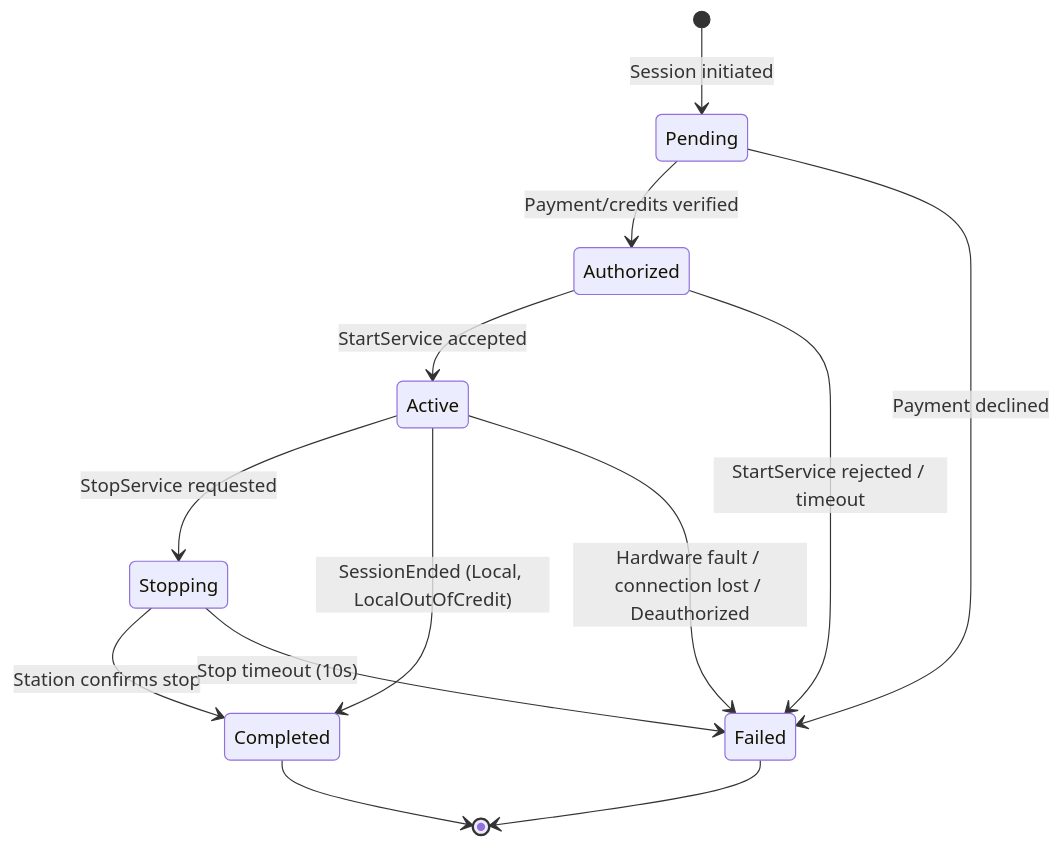
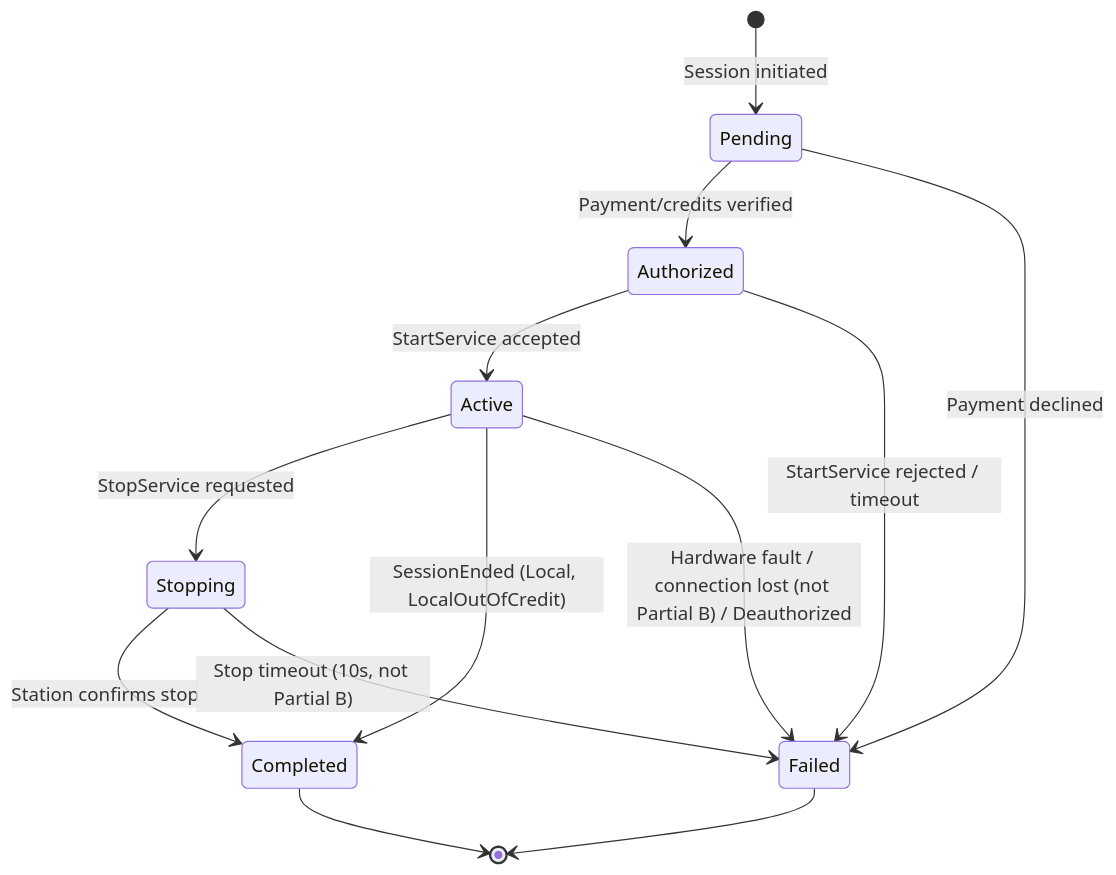
Before and after one commit to ospp-org/spec: the third of 7 diagrams in diagrams/README.md, drawn with Mermaid. The commit also changed 25 other files, not shown here.

````diff
--- a/diagrams/README.md
+++ b/diagrams/README.md
@@ -105,20 +105,20 @@
 ```mermaid
 stateDiagram-v2
     [*] --> Pending : Session initiated
 
     Pending --> Authorized : Payment/credits verified
     Pending --> Failed : Payment declined
 
     Authorized --> Active : StartService accepted
     Authorized --> Failed : StartService rejected / timeout
 
     Active --> Stopping : StopService requested
     Active --> Completed : SessionEnded (Local, LocalOutOfCredit)
-    Active --> Failed : Hardware fault / connection lost / Deauthorized
+    Active --> Failed : Hardware fault / connection lost (not Partial B) / Deauthorized
 
     Stopping --> Completed : Station confirms stop
-    Stopping --> Failed : Stop timeout (10s)
+    Stopping --> Failed : Stop timeout (10s, not Partial B)
 
     Completed --> [*]
     Failed --> [*]
 ```
````
